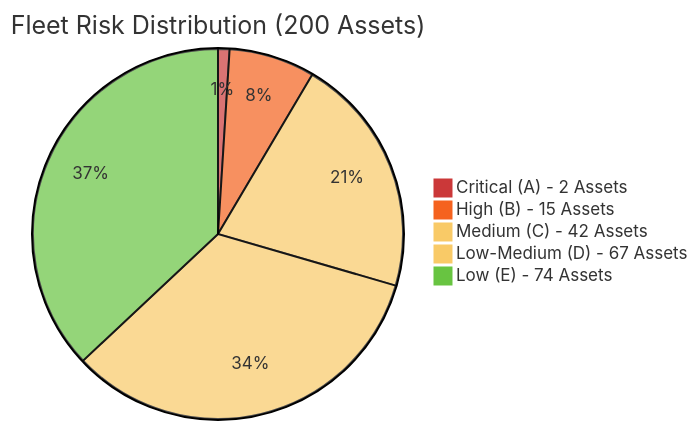
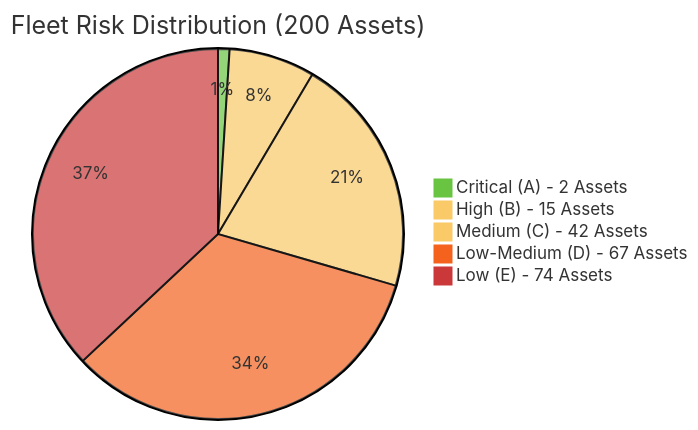
Before and after one commit to StephanieHepp/Risk-Assessment: the first of 4 diagrams in risk_assessment_report/monthly_report_otto_argos_style.md, drawn with Mermaid.

````diff
--- a/risk_assessment_report/monthly_report_otto_argos_style.md
+++ b/risk_assessment_report/monthly_report_otto_argos_style.md
@@ -14,9 +14,9 @@
 ```mermaid
-%%{init: {'theme':'base', 'themeVariables': {'pie1':'#CB3839', 'pie2':'#F5621E', 'pie3':'#F9CA67', 'pie4':'#F9CA67','pie5':'#68C441','primaryTextColor':'#333', 'primaryBorderColor':'#ddd'}}}%%
+%%{init: {'theme':'base', 'themeVariables': {'pie5':'#CB3839', 'pie4':'#F5621E', 'pie3':'#F9CA67', 'pie2':'#F9CA67','pie1':'#68C441','primaryTextColor':'#333', 'primaryBorderColor':'#ddd'}}}%%
 pie title Fleet Risk Distribution (200 Assets)
     "Critical (A) - 2 Assets" : 2
     "High (B) - 15 Assets" : 15
     "Medium (C) - 42 Assets" : 42
     "Low-Medium (D) - 67 Assets" : 67
     "Low (E) - 74 Assets" : 74
 ```
````
